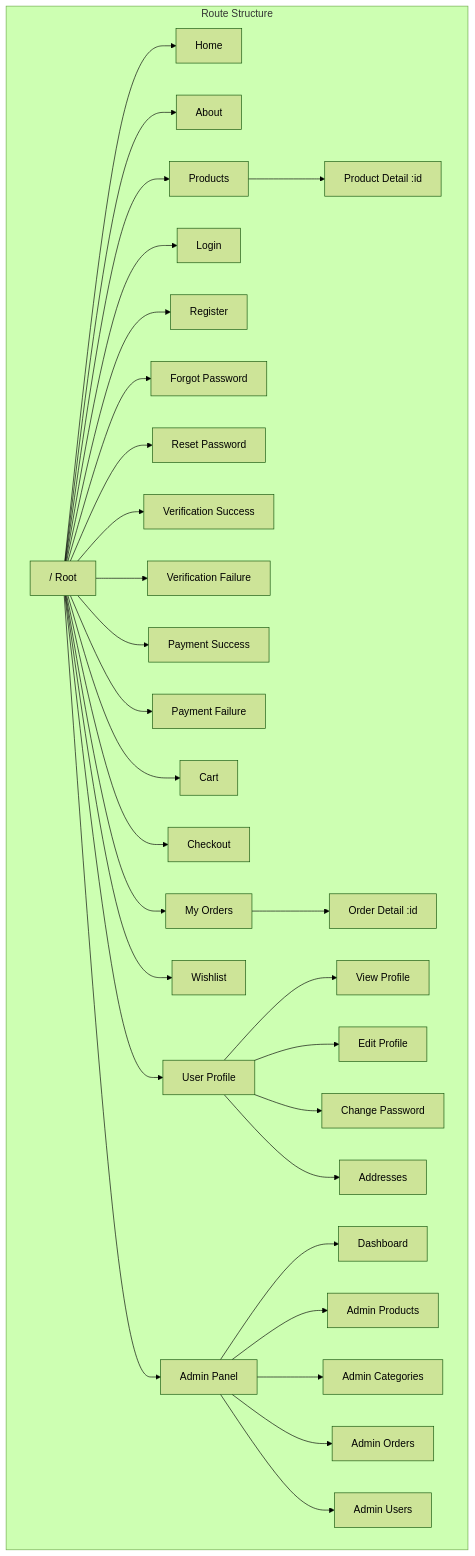
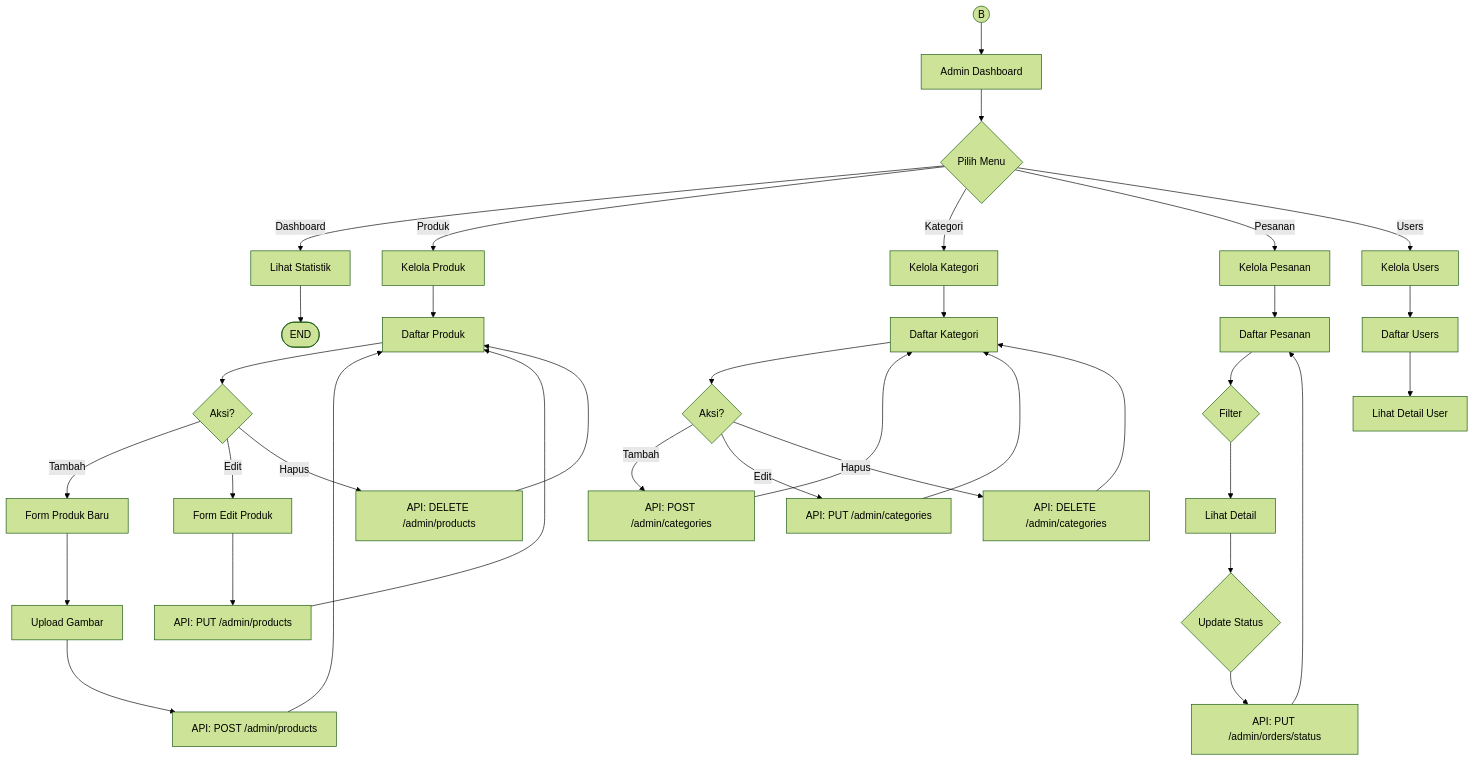
One commit to Wannzh/greeceri-store-fe changed the seventh of 7 diagrams in FLOWCHART.md. Above: the diagram before and after it, drawn with Mermaid (forest theme). The commit also changed other lines of this file and 1 other file, not shown here.

Commit message:
Update flowchart with complete application flow and connectors

````diff
--- a/FLOWCHART.md
+++ b/FLOWCHART.md
@@ -170,42 +293,52 @@
 ```mermaid
 flowchart TD
-    subgraph Routes["Route Structure"]
-        ROOT["/ Root"]
+    ADMIN_START((B)) --> ADMIN_DASH[Admin Dashboard]
 
-        %% Public
-        ROOT --> HOME[Home]
-        ROOT --> ABOUT[About]
-        ROOT --> PRODUCTS[Products]
-        PRODUCTS --> PRODUCT_DETAIL["Product Detail :id"]
+    ADMIN_DASH --> ADMIN_ACTION{Pilih Menu}
 
-        %% Auth
-        ROOT --> LOGIN[Login]
-        ROOT --> REGISTER[Register]
-        ROOT --> FORGOT[Forgot Password]
-        ROOT --> RESET[Reset Password]
-        ROOT --> VERIFY_OK[Verification Success]
-        ROOT --> VERIFY_FAIL[Verification Failure]
-        ROOT --> PAY_OK[Payment Success]
-        ROOT --> PAY_FAIL[Payment Failure]
+    ADMIN_ACTION -->|Dashboard| STATS[Lihat Statistik]
+    ADMIN_ACTION -->|Produk| ADMIN_PROD[Kelola Produk]
+    ADMIN_ACTION -->|Kategori| ADMIN_CAT[Kelola Kategori]
+    ADMIN_ACTION -->|Pesanan| ADMIN_ORDER[Kelola Pesanan]
+    ADMIN_ACTION -->|Users| ADMIN_USER[Kelola Users]
 
-        %% Protected User
-        ROOT --> CART[Cart]
-        ROOT --> CHECKOUT[Checkout]
-        ROOT --> ORDERS[My Orders]
-        ORDERS --> ORDER_DETAIL["Order Detail :id"]
-        ROOT --> WISHLIST[Wishlist]
-        ROOT --> USER[User Profile]
-        USER --> PROFILE[View Profile]
-        USER --> EDIT_PROFILE[Edit Profile]
-        USER --> PASSWORD[Change Password]
-        USER --> ADDRESSES[Addresses]
+    %% Product Management
+    ADMIN_PROD --> PROD_LIST[Daftar Produk]
+    PROD_LIST --> PROD_ACT{Aksi?}
+    PROD_ACT -->|Tambah| ADD_PROD[Form Produk Baru]
+    PROD_ACT -->|Edit| EDIT_PROD[Form Edit Produk]
+    PROD_ACT -->|Hapus| DEL_PROD["API: DELETE /admin/products"]
 
-        %% Admin
-        ROOT --> ADMIN[Admin Panel]
-        ADMIN --> ADMIN_DASH[Dashboard]
-        ADMIN --> ADMIN_PROD[Admin Products]
-        ADMIN --> ADMIN_CAT[Admin Categories]
-        ADMIN --> ADMIN_ORD[Admin Orders]
-        ADMIN --> ADMIN_USR[Admin Users]
-    end
+    ADD_PROD --> UPLOAD_IMG[Upload Gambar]
+    UPLOAD_IMG --> SAVE_PROD["API: POST /admin/products"]
+    EDIT_PROD --> UPDATE_PROD["API: PUT /admin/products"]
+
+    SAVE_PROD --> PROD_LIST
+    UPDATE_PROD --> PROD_LIST
+    DEL_PROD --> PROD_LIST
+
+    %% Category Management
+    ADMIN_CAT --> CAT_LIST[Daftar Kategori]
+    CAT_LIST --> CAT_ACT{Aksi?}
+    CAT_ACT -->|Tambah| ADD_CAT["API: POST /admin/categories"]
+    CAT_ACT -->|Edit| EDIT_CAT["API: PUT /admin/categories"]
+    CAT_ACT -->|Hapus| DEL_CAT["API: DELETE /admin/categories"]
+
+    ADD_CAT --> CAT_LIST
+    EDIT_CAT --> CAT_LIST
+    DEL_CAT --> CAT_LIST
+
+    %% Order Management
+    ADMIN_ORDER --> ORDER_LIST[Daftar Pesanan]
+    ORDER_LIST --> ORDER_FILTER{Filter}
+    ORDER_FILTER --> VIEW_ORDER[Lihat Detail]
+    VIEW_ORDER --> UPDATE_STATUS{Update Status}
+    UPDATE_STATUS --> STATUS_API["API: PUT /admin/orders/status"]
+    STATUS_API --> ORDER_LIST
+
+    %% User Management
+    ADMIN_USER --> USER_LIST[Daftar Users]
+    USER_LIST --> VIEW_USER[Lihat Detail User]
+
+    STATS --> END_ADMIN([END])
 ```
````
